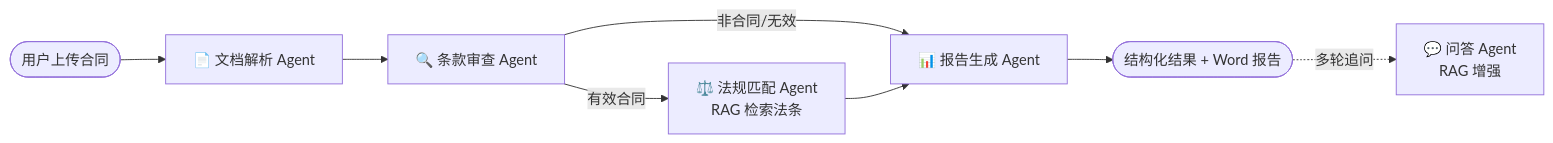
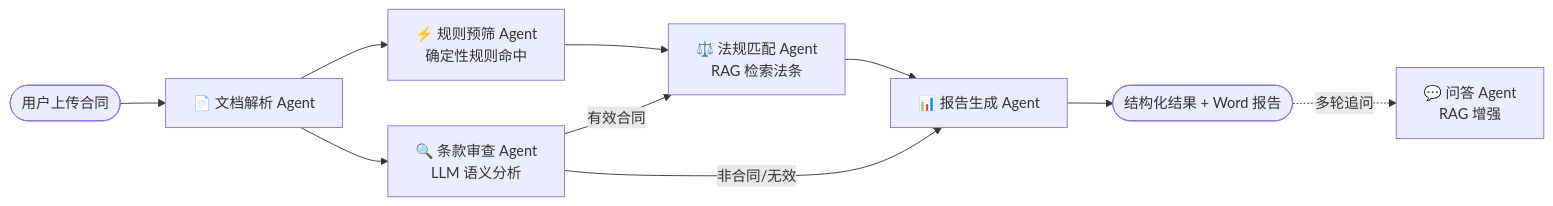
Before and after one commit to Trop888/contract-risk-agent: the diagram in README.md, drawn with Mermaid. The commit also changed other lines of this file and 10 other files, not shown here.

````diff
--- a/README.md
+++ b/README.md
@@ -27,10 +29,12 @@
 ```mermaid
 flowchart LR
     U([用户上传合同]) --> P[📄 文档解析 Agent]
-    P --> R[🔍 条款审查 Agent]
+    P --> K[⚡ 规则预筛 Agent<br/>确定性规则命中]
+    P --> R[🔍 条款审查 Agent<br/>LLM 语义分析]
+    K --> L
     R -->|有效合同| L[⚖️ 法规匹配 Agent<br/>RAG 检索法条]
     R -->|非合同/无效| Rep
     L --> Rep[📊 报告生成 Agent]
     Rep --> Res([结构化结果 + Word 报告])
     Res -.多轮追问.-> Q[💬 问答 Agent<br/>RAG 增强]
 ```
````
